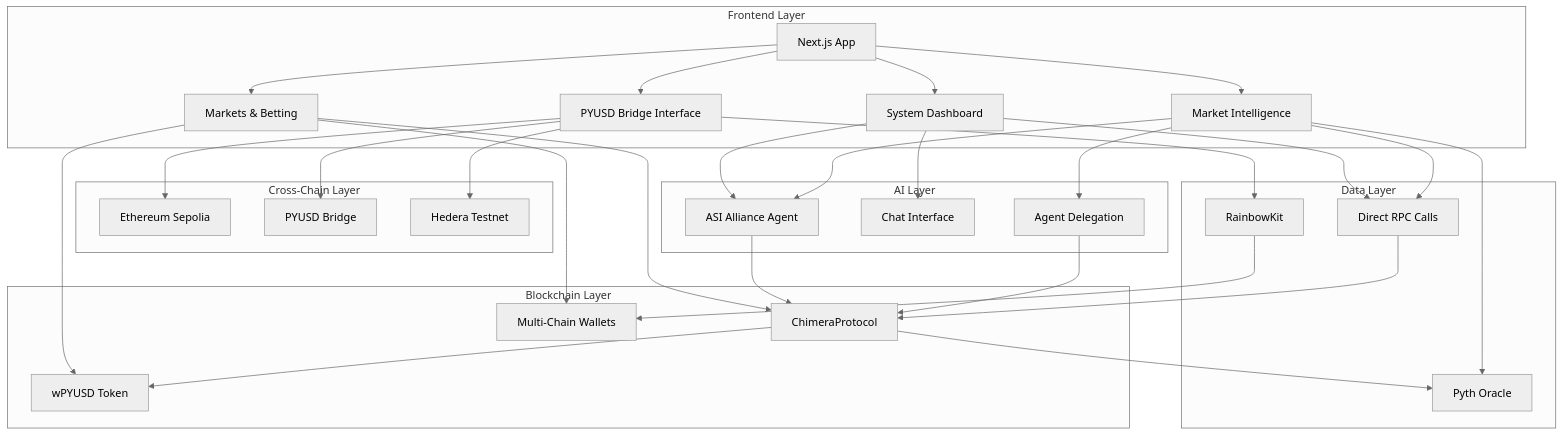
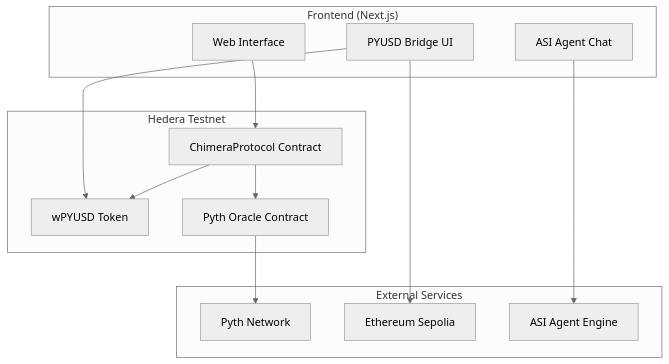
One commit to enliven17/chimera-protocol changed the first of 2 diagrams in README.md. Above: the diagram before and after it, drawn with Mermaid (neutral theme). The commit also changed other lines of this file and 32 other files, not shown here.

Commit message:
asi agent update

````diff
--- a/README.md
+++ b/README.md
@@ -70,65 +7,28 @@
 ```mermaid
 graph TB
-    subgraph "Frontend Layer"
-        FE[Next.js App]
-        SD[System Dashboard]
-        MI[Market Intelligence]
-        BR[PYUSD Bridge Interface]
-        MK[Markets & Betting]
+    subgraph "Frontend (Next.js)"
+        UI[Web Interface]
+        Chat[ASI Agent Chat]
+        Bridge[PYUSD Bridge UI]
     end
-
-    subgraph "AI Layer"
-        ASI[ASI Alliance Agent]
-        CHAT[Chat Interface]
-        AGENT[Agent Delegation]
+    
+    subgraph "Hedera Testnet"
+        CP[ChimeraProtocol Contract]
+        PYUSD[wPYUSD Token]
+        PO[Pyth Oracle Contract]
     end
-
-    subgraph "Cross-Chain Layer"
+    
+    subgraph "External Services"
+        Pyth[Pyth Network]
         ETH[Ethereum Sepolia]
-        BRIDGE[PYUSD Bridge]
-        HED[Hedera Testnet]
+        ASI[ASI Agent Engine]
     end
-
-    subgraph "Data Layer"
-        RPC[Direct RPC Calls]
-        PYT[Pyth Oracle]
-        RK[RainbowKit]
-    end
-
-    subgraph "Blockchain Layer"
-        CP[ChimeraProtocol]
-        PYUSD[wPYUSD Token]
-        WALLET[Multi-Chain Wallets]
-    end
-
-    FE --> SD
-    FE --> MI
-    FE --> BR
-    FE --> MK
     
-    SD --> ASI
-    SD --> CHAT
-    SD --> RPC
-    
-    MI --> ASI
-    MI --> AGENT
-    MI --> RPC
-    MI --> PYT
-    
-    BR --> RK
-    BR --> BRIDGE
-    BR --> ETH
-    BR --> HED
-    
-    MK --> CP
-    MK --> PYUSD
-    MK --> WALLET
-    
-    ASI --> CP
-    AGENT --> CP
+    UI --> CP
+    Chat --> ASI
+    Bridge --> ETH
+    Bridge --> PYUSD
+    CP --> PO
+    PO --> Pyth
     CP --> PYUSD
-    CP --> PYT
-    
-    RPC --> CP
-    RK --> WALLET
 ```
````
